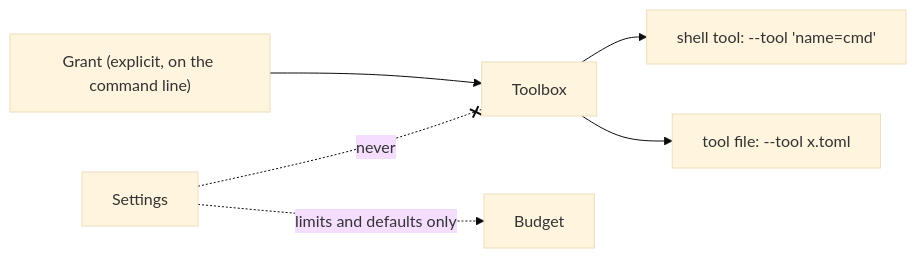
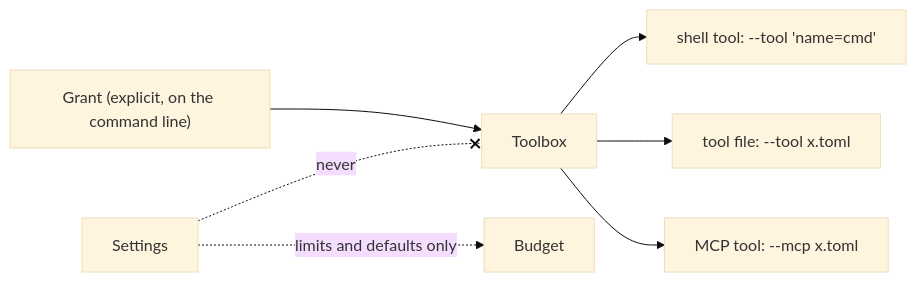
Before and after one commit to reccles/fussycat: the fourth of 4 diagrams in context/domain-design.spec.md, drawn with Mermaid (base theme). The commit also changed other lines of this file and 18 other files, not shown here.

````diff
--- a/context/domain-design.spec.md
+++ b/context/domain-design.spec.md
@@ -209,8 +211,9 @@
 ```mermaid
 flowchart LR
     G["Grant (explicit, on the command line)"] --> Tb["Toolbox"]
     C["Settings"] -. "limits and defaults only" .-> B["Budget"]
     C -. "never" .-x Tb
     Tb --> ST["shell tool: --tool 'name=cmd'"]
     Tb --> TF["tool file: --tool x.toml"]
+    Tb --> MT["MCP tool: --mcp x.toml"]
 ```
````
